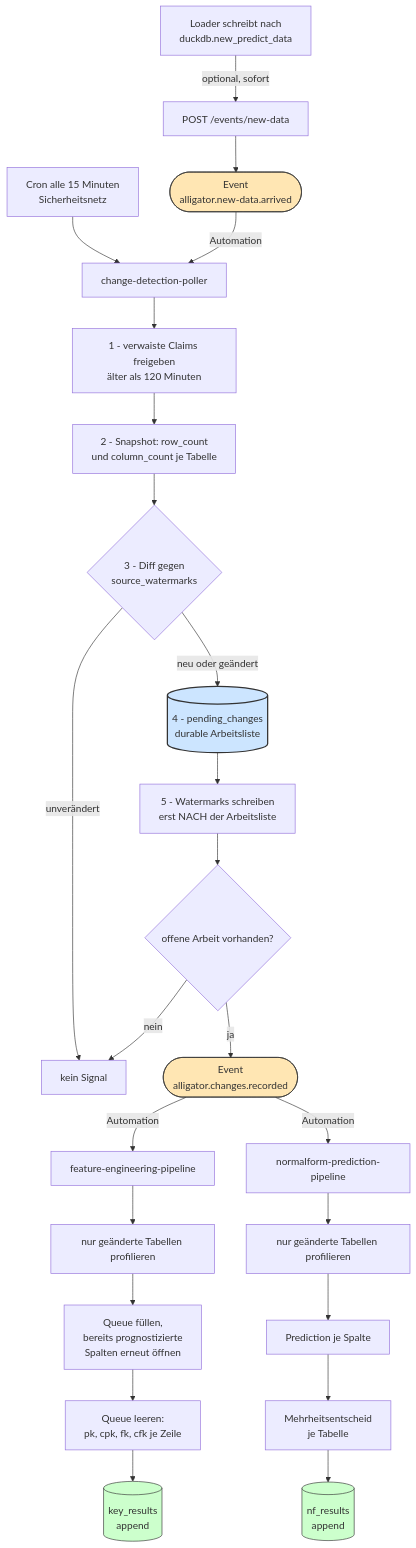
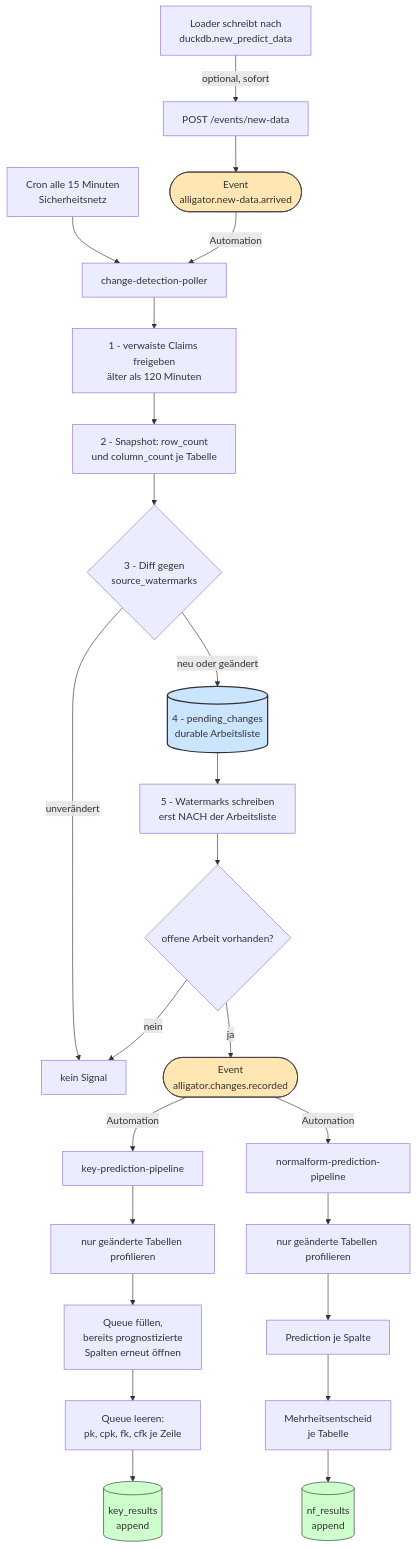
Before and after one commit to ChrDro/mlops-alligator-metaswamp: the second of 3 diagrams in documentation/flowchart.md, drawn with Mermaid. The commit also changed other lines of this file and 3 other files, not shown here.

Commit message:
Renamed prefect pipeline feature-engineering-pipeline to key-prediction-pipeline

````diff
--- a/documentation/flowchart.md
+++ b/documentation/flowchart.md
@@ -103,38 +103,38 @@
 ```mermaid
 graph TD
     LOADER["Loader schreibt nach<br/>duckdb.new_predict_data"]
     LOADER -->|"optional, sofort"| WH["POST /events/new-data"]
     WH --> EV1(["Event<br/>alligator.new-data.arrived"])
     CRON["Cron alle 15 Minuten<br/>Sicherheitsnetz"] --> DET
 
     EV1 -->|"Automation"| DET["change-detection-poller"]
 
     DET --> R1["1 - verwaiste Claims freigeben<br/>älter als 120 Minuten"]
     R1 --> R2["2 - Snapshot: row_count<br/>und column_count je Tabelle"]
     R2 --> R3{"3 - Diff gegen<br/>source_watermarks"}
     R3 -->|"neu oder geändert"| R4[("4 - pending_changes<br/>durable Arbeitsliste")]
     R3 -->|"unverändert"| STOP["kein Signal"]
     R4 --> R5["5 - Watermarks schreiben<br/>erst NACH der Arbeitsliste"]
     R5 --> R6{"offene Arbeit vorhanden?"}
     R6 -->|"ja"| EV2(["Event<br/>alligator.changes.recorded"])
     R6 -->|"nein"| STOP
 
-    EV2 -->|"Automation"| P1["feature-engineering-pipeline"]
+    EV2 -->|"Automation"| P1["key-prediction-pipeline"]
     EV2 -->|"Automation"| P2["normalform-prediction-pipeline"]
 
     P1 --> Q1["nur geänderte Tabellen profilieren"]
     Q1 --> Q2["Queue füllen,<br/>bereits prognostizierte<br/>Spalten erneut öffnen"]
     Q2 --> Q3["Queue leeren:<br/>pk, cpk, fk, cfk je Zeile"]
     Q3 --> Q4[("key_results<br/>append")]
 
     P2 --> N1["nur geänderte Tabellen profilieren"]
     N1 --> N2["Prediction je Spalte"]
     N2 --> N3["Mehrheitsentscheid<br/>je Tabelle"]
     N3 --> N4[("nf_results<br/>append")]
 
     style EV1 fill:#ffe6b3,stroke:#333
     style EV2 fill:#ffe6b3,stroke:#333
     style R4 fill:#cce5ff,stroke:#333,stroke-width:2px
     style Q4 fill:#cfc,stroke:#333
     style N4 fill:#cfc,stroke:#333
 ```
````
